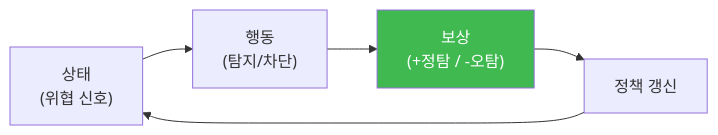
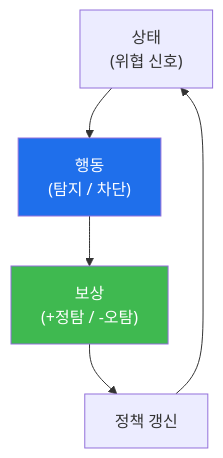
One commit to mrgrit/tw2 changed the diagram in contents/training/autonomous-security/lecture_week07.md. Above: the diagram before and after it, drawn with Mermaid. The commit also changed other lines of this file and 1 other file, not shown here.

````diff
--- a/contents/training/autonomous-security/lecture_week07.md
+++ b/contents/training/autonomous-security/lecture_week07.md
@@ -56,8 +57,9 @@
 ```mermaid
-graph LR
-    S["상태<br/>(위협 신호)"] --> A["행동<br/>(탐지/차단)"]
+graph TD
+    S["상태<br/>(위협 신호)"] --> A["행동<br/>(탐지 / 차단)"]
     A --> R["보상<br/>(+정탐 / -오탐)"]
     R --> P["정책 갱신"]
     P --> S
     style R fill:#3fb950,color:#fff
+    style A fill:#1f6feb,color:#fff
 ```
````
